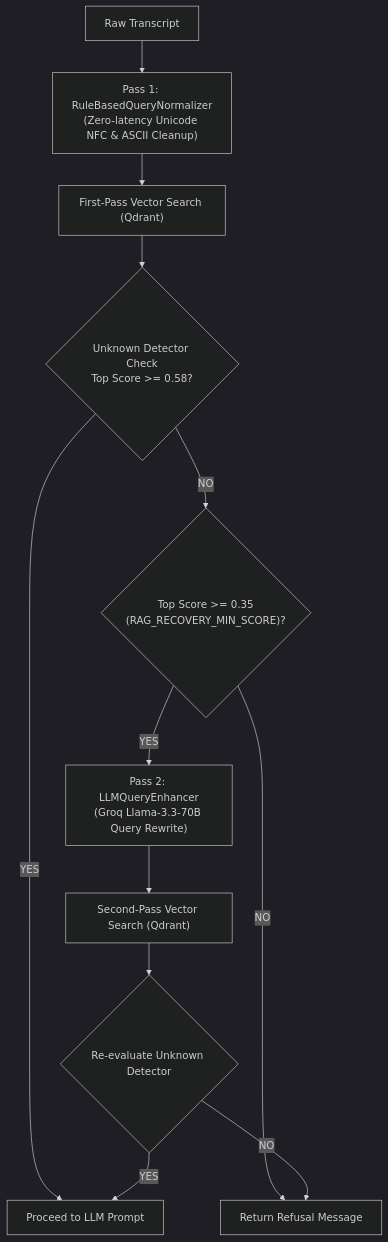
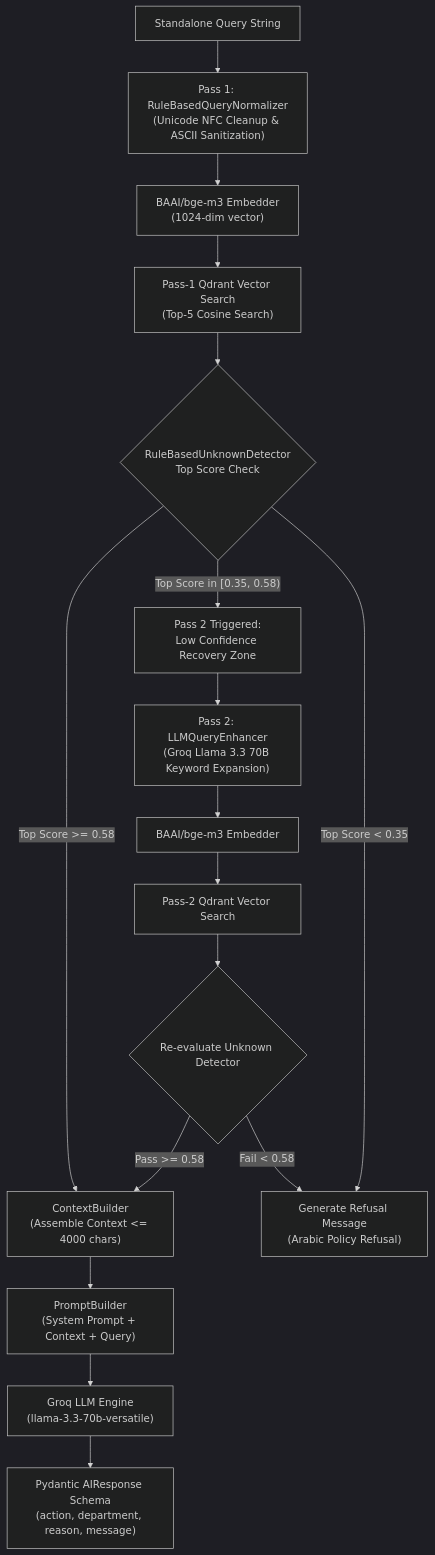
One commit to MaroWael/ai-voice-agent changed the fourth of 6 diagrams in SYSTEM_DOCUMENTATION.md. Above: the diagram before and after it, drawn with Mermaid (dark theme). The commit also changed other lines of this file and 32 other files, not shown here.

````diff
--- a/SYSTEM_DOCUMENTATION.md
+++ b/SYSTEM_DOCUMENTATION.md
@@ -254,14 +430,23 @@
 ```mermaid
 flowchart TD
-    RawQuery["Raw Transcript"] --> Pass1["Pass 1: RuleBasedQueryNormalizer\n(Zero-latency Unicode NFC & ASCII Cleanup)"]
-    Pass1 --> VectorSearch1["First-Pass Vector Search (Qdrant)"]
-    VectorSearch1 --> UnknownCheck{"Unknown Detector Check\nTop Score >= 0.58?"}
-    UnknownCheck -- YES --> ContextOK["Proceed to LLM Prompt"]
-    UnknownCheck -- NO --> RecoveryCheck{"Top Score >= 0.35\n(RAG_RECOVERY_MIN_SCORE)?"}
-    RecoveryCheck -- NO --> Refuse["Return Refusal Message"]
-    RecoveryCheck -- YES --> Pass2["Pass 2: LLMQueryEnhancer\n(Groq Llama-3.3-70B Query Rewrite)"]
-    Pass2 --> VectorSearch2["Second-Pass Vector Search (Qdrant)"]
-    VectorSearch2 --> UnknownCheck2{"Re-evaluate Unknown Detector"}
-    UnknownCheck2 -- YES --> ContextOK
-    UnknownCheck2 -- NO --> Refuse
+    StandaloneQuery["Standalone Query String"] --> Pass1Norm["Pass 1: RuleBasedQueryNormalizer\n(Unicode NFC Cleanup & ASCII Sanitization)"]
+    Pass1Norm --> BGE1["BAAI/bge-m3 Embedder\n(1024-dim vector)"]
+    
+    BGE1 --> Search1["Pass-1 Qdrant Vector Search\n(Top-5 Cosine Search)"]
+    Search1 --> Gate1{"RuleBasedUnknownDetector\nTop Score Check"}
+    
+    Gate1 -- Top Score >= 0.58 --> AcceptContext["ContextBuilder\n(Assemble Context <= 4000 chars)"]
+    
+    Gate1 -- Top Score in [0.35, 0.58) --> Pass2Trigger["Pass 2 Triggered:\nLow Confidence Recovery Zone"]
+    Pass2Trigger --> LLMEnhancer["Pass 2: LLMQueryEnhancer\n(Groq Llama 3.3 70B Keyword Expansion)"]
+    LLMEnhancer --> BGE2["BAAI/bge-m3 Embedder"] --> Search2["Pass-2 Qdrant Vector Search"]
+    Search2 --> Gate2{"Re-evaluate Unknown Detector"}
+    
+    Gate2 -- Pass >= 0.58 --> AcceptContext
+    Gate2 -- Fail < 0.58 --> Refusal["Generate Refusal Message\n(Arabic Policy Refusal)"]
+    Gate1 -- Top Score < 0.35 --> Refusal
+    
+    AcceptContext --> PromptBuilder["PromptBuilder\n(System Prompt + Context + Query)"]
+    PromptBuilder --> GroqLLM["Groq LLM Engine\n(llama-3.3-70b-versatile)"]
+    GroqLLM --> StructuredOut["Pydantic AIResponse Schema\n(action, department, reason, message)"]
 ```
````
